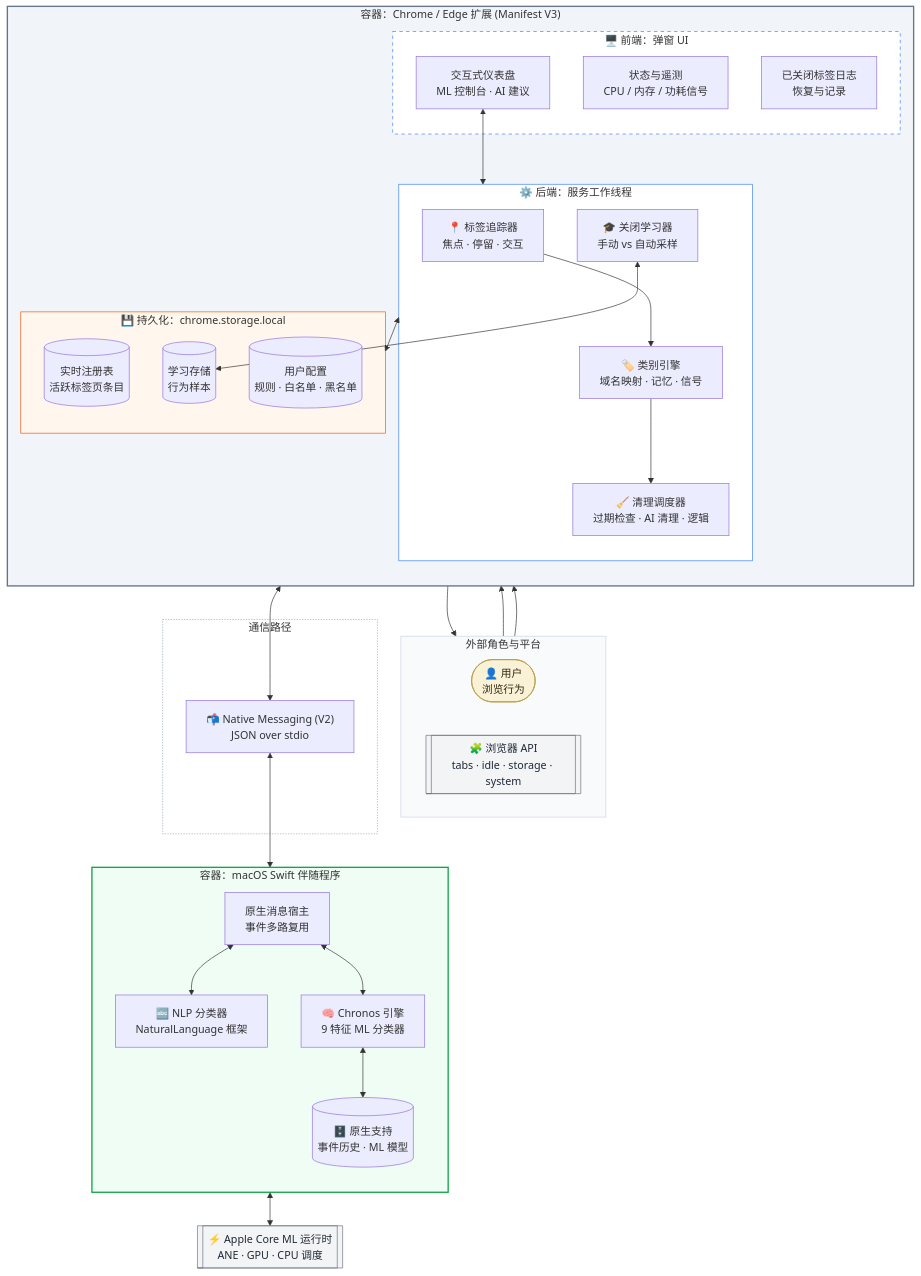
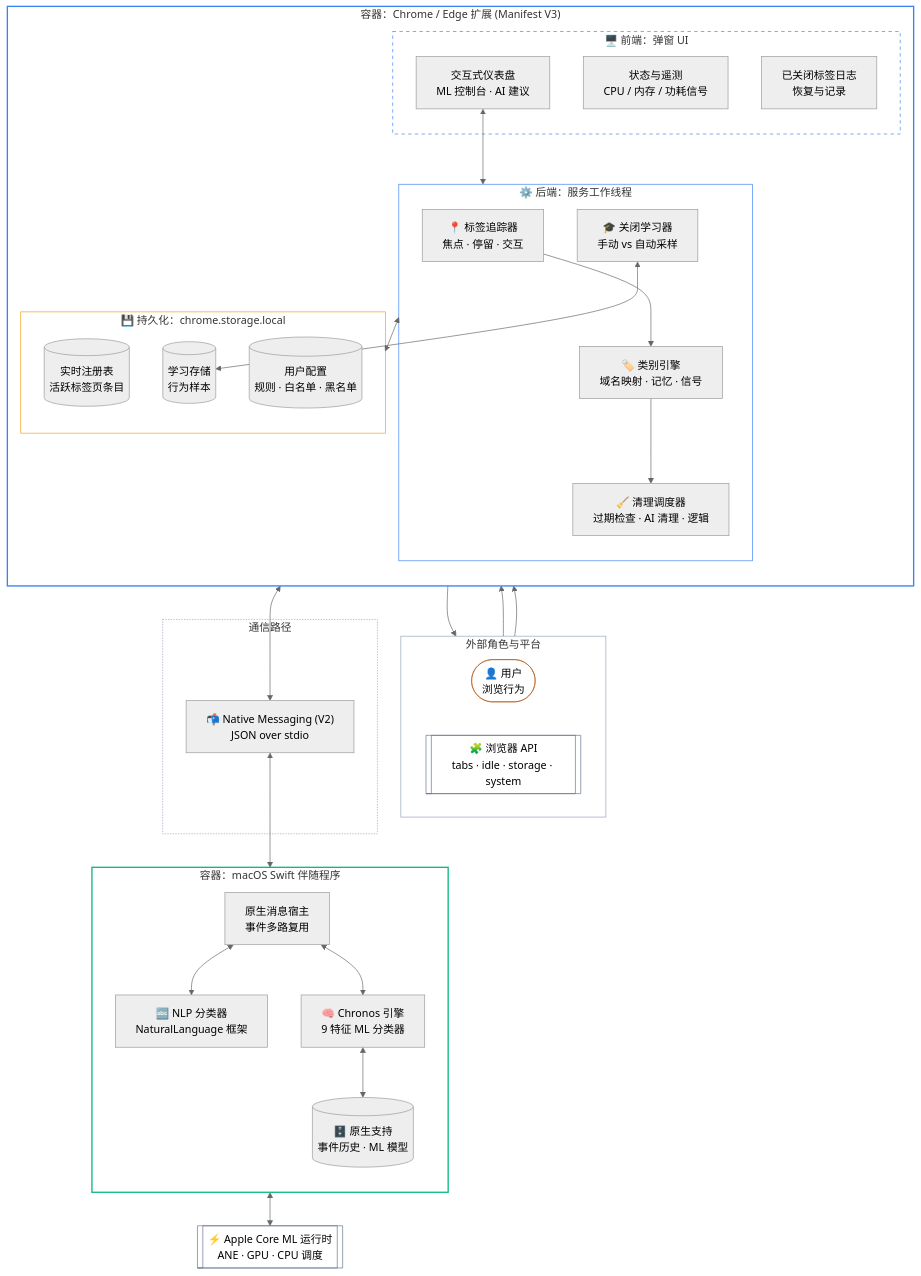
One commit to dubianche123/device-native-tab-hygiene changed the diagram in README_CN.md. Above: the diagram before and after it, drawn with Mermaid. The commit also changed 1 other file, not shown here.

Commit message:
Fix Mermaid diagram styling for Dark Mode compatibility

````diff
--- a/README_CN.md
+++ b/README_CN.md
@@ -19,75 +19,76 @@
 ```mermaid
+%%{init: {'theme': 'neutral', 'themeVariables': { 'primaryColor': '#3b82f6', 'edgeLabelBackground':'transparent' }}}%%
 flowchart TB
   subgraph actors["外部角色与平台"]
     direction LR
     user(["👤 用户<br/>浏览行为"])
     chrome[["🧩 浏览器 API<br/>tabs · idle · storage · system"]]
   end
 
   subgraph browser["容器：Chrome / Edge 扩展 (Manifest V3)"]
     direction TB
     subgraph popup["🖥️ 前端：弹窗 UI"]
       p_ui["交互式仪表盘<br/>ML 控制台 · AI 建议"]
       p_telemetry["状态与遥测<br/>CPU / 内存 / 功耗信号"]
       p_log["已关闭标签日志<br/>恢复与记录"]
     end
 
     subgraph background["⚙️ 后端：服务工作线程"]
       b_tracker["📍 标签追踪器<br/>焦点 · 停留 · 交互"]
       b_learner["🎓 关闭学习器<br/>手动 vs 自动采样"]
       b_engine["🏷️ 类别引擎<br/>域名映射 · 记忆 · 信号"]
       b_orchestrator["🧹 清理调度器<br/>过期检查 · AI 清理 · 逻辑"]
     end
 
     subgraph storage["💾 持久化：chrome.storage.local"]
       s_registry[("实时注册表<br/>活跃标签页条目")]
       s_samples[("学习存储<br/>行为样本")]
       s_settings[("用户配置<br/>规则 · 白名单 · 黑名单")]
     end
   end
 
   subgraph ipc["通信路径"]
     nativeBus["📬 Native Messaging (V2)<br/>JSON over stdio"]
   end
 
   subgraph native["容器：macOS Swift 伴随程序"]
     direction TB
     n_host["原生消息宿主<br/>事件多路复用"]
     n_classifier["🔤 NLP 分类器<br/>NaturalLanguage 框架"]
     n_chronos["🧠 Chronos 引擎<br/>9 特征 ML 分类器"]
     n_storage[("🗄️ 原生支持<br/>事件历史 · ML 模型")]
   end
 
   coreml[["⚡ Apple Core ML 运行时<br/>ANE · GPU · CPU 调度"]]
 
   %% 浏览器内部流
   user --> p_ui
   chrome --> b_tracker
   p_ui <--> background
   background <--> storage
   b_tracker --> b_engine
   b_engine --> b_orchestrator
   b_learner <--> s_samples
   b_orchestrator --> chrome
 
   %% 跨容器 IPC
   background <--> nativeBus <--> n_host
   n_host <--> n_classifier
   n_host <--> n_chronos
   n_chronos <--> n_storage
   n_chronos <--> coreml
 
-  %% 样式
-  style actors fill:#f8fafc,stroke:#cbd5e1,stroke-width:1px
-  style browser fill:#f1f5f9,stroke:#64748b,stroke-width:2px
-  style native fill:#f0fdf4,stroke:#16a34a,stroke-width:2px
-  style popup fill:#ffffff,stroke:#3b82f6,stroke-dasharray: 5 5
-  style background fill:#ffffff,stroke:#3b82f6
-  style storage fill:#fff7ed,stroke:#ea580c
+  %% 样式：使用透明填充和中性色边框以适配暗色模式
+  style actors fill:none,stroke:#94a3b8,stroke-width:1px
+  style browser fill:none,stroke:#3b82f6,stroke-width:2px
+  style native fill:none,stroke:#10b981,stroke-width:2px
+  style popup fill:none,stroke:#3b82f6,stroke-dasharray: 5 5
+  style background fill:none,stroke:#3b82f6
+  style storage fill:none,stroke:#f59e0b
   style ipc fill:none,stroke:#94a3b8,stroke-dasharray: 2 2
 
-  classDef actor fill:#f9f2d7,stroke:#b59b3b,color:#2f2611,stroke-width:1px
-  classDef platform fill:#f3f4f6,stroke:#6b7280,color:#1f2937,stroke-width:1px
+  classDef actor fill:none,stroke:#b45309,stroke-width:1px
+  classDef platform fill:none,stroke:#64748b,stroke-width:1px
   class user actor
   class chrome,coreml platform
 ```
````
